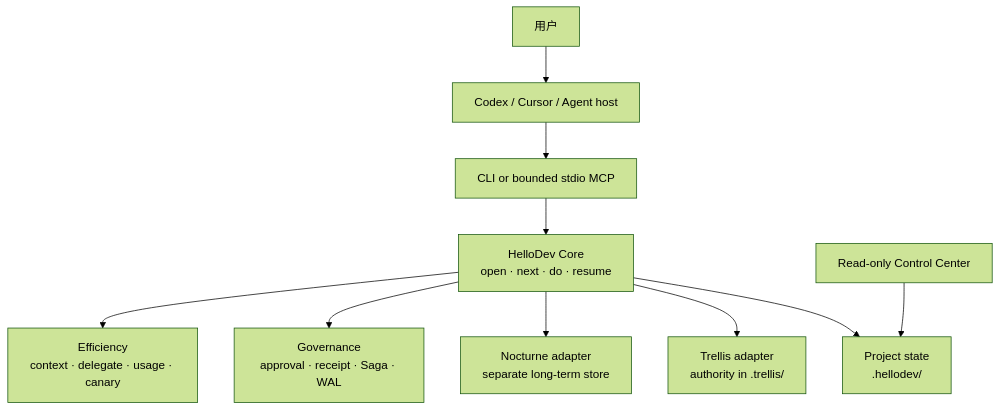
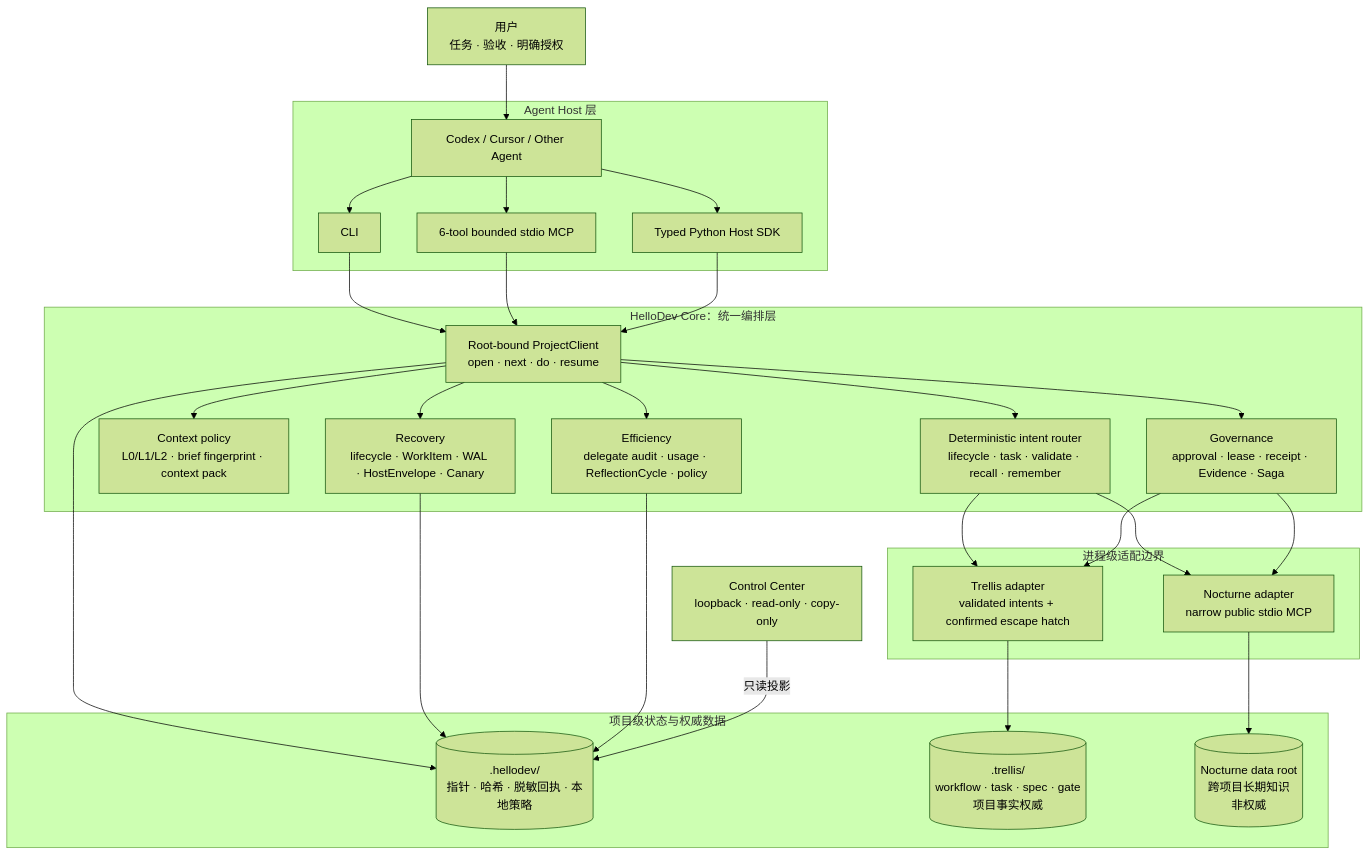
One commit to fate-forever/hellodev changed the first of 2 diagrams in README.md. Above: the diagram before and after it, drawn with Mermaid (forest theme). The commit also changed other lines of this file and 1 other file, not shown here.

Commit message:
docs: restore architecture depth

````diff
--- a/README.md
+++ b/README.md
@@ -163,12 +198,56 @@
 ```mermaid
 flowchart TB
-    U["用户"] --> H["Codex / Cursor / Agent host"]
-    H --> G["CLI or bounded stdio MCP"]
-    G --> C["HelloDev Core<br/>open · next · do · resume"]
-    C --> S["Project state<br/>.hellodev/"]
-    C --> T["Trellis adapter<br/>authority in .trellis/"]
-    C --> N["Nocturne adapter<br/>separate long-term store"]
-    C --> R["Governance<br/>approval · receipt · Saga · WAL"]
-    C --> O["Efficiency<br/>context · delegate · usage · canary"]
-    D["Read-only Control Center"] --> S
+    U["用户<br/>任务 · 验收 · 明确授权"]
+
+    subgraph HOST["Agent Host 层"]
+        A["Codex / Cursor / Other Agent"]
+        CLI["CLI"]
+        MCP["6-tool bounded stdio MCP"]
+        SDK["Typed Python Host SDK"]
+    end
+
+    subgraph CORE["HelloDev Core：统一编排层"]
+        PC["Root-bound ProjectClient<br/>open · next · do · resume"]
+        ROUTE["Deterministic intent router<br/>lifecycle · task · validate · recall · remember"]
+        CTX["Context policy<br/>L0/L1/L2 · brief fingerprint · context pack"]
+        GOV["Governance<br/>approval · lease · receipt · Evidence · Saga"]
+        REC["Recovery<br/>lifecycle · WorkItem · WAL · HostEnvelope · Canary"]
+        EFF["Efficiency<br/>delegate audit · usage · ReflectionCycle · policy"]
+    end
+
+    subgraph STATE["项目级状态与权威数据"]
+        HD[(".hellodev/<br/>指针 · 哈希 · 脱敏回执 · 本地策略")]
+        TR[(".trellis/<br/>workflow · task · spec · gate<br/>项目事实权威")]
+        NO[("Nocturne data root<br/>跨项目长期知识<br/>非权威")]
+    end
+
+    subgraph ADAPTERS["进程级适配边界"]
+        TA["Trellis adapter<br/>validated intents + confirmed escape hatch"]
+        NA["Nocturne adapter<br/>narrow public stdio MCP"]
+    end
+
+    UI["Control Center<br/>loopback · read-only · copy-only"]
+
+    U --> A
+    A --> CLI
+    A --> MCP
+    A --> SDK
+    CLI --> PC
+    MCP --> PC
+    SDK --> PC
+    PC --> ROUTE
+    PC --> CTX
+    PC --> GOV
+    PC --> REC
+    PC --> EFF
+    ROUTE --> TA
+    ROUTE --> NA
+    GOV --> TA
+    GOV --> NA
+    PC --> HD
+    REC --> HD
+    EFF --> HD
+    TA --> TR
+    NA --> NO
+    UI -->|"只读投影"| HD
 ```
````
